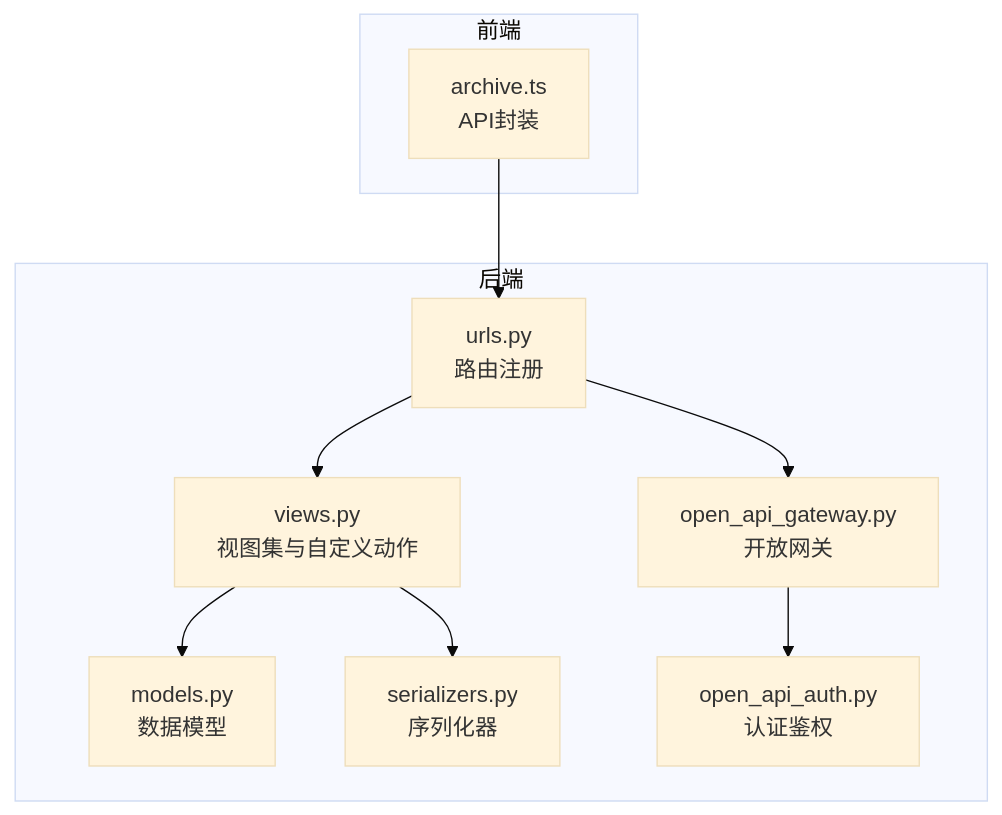
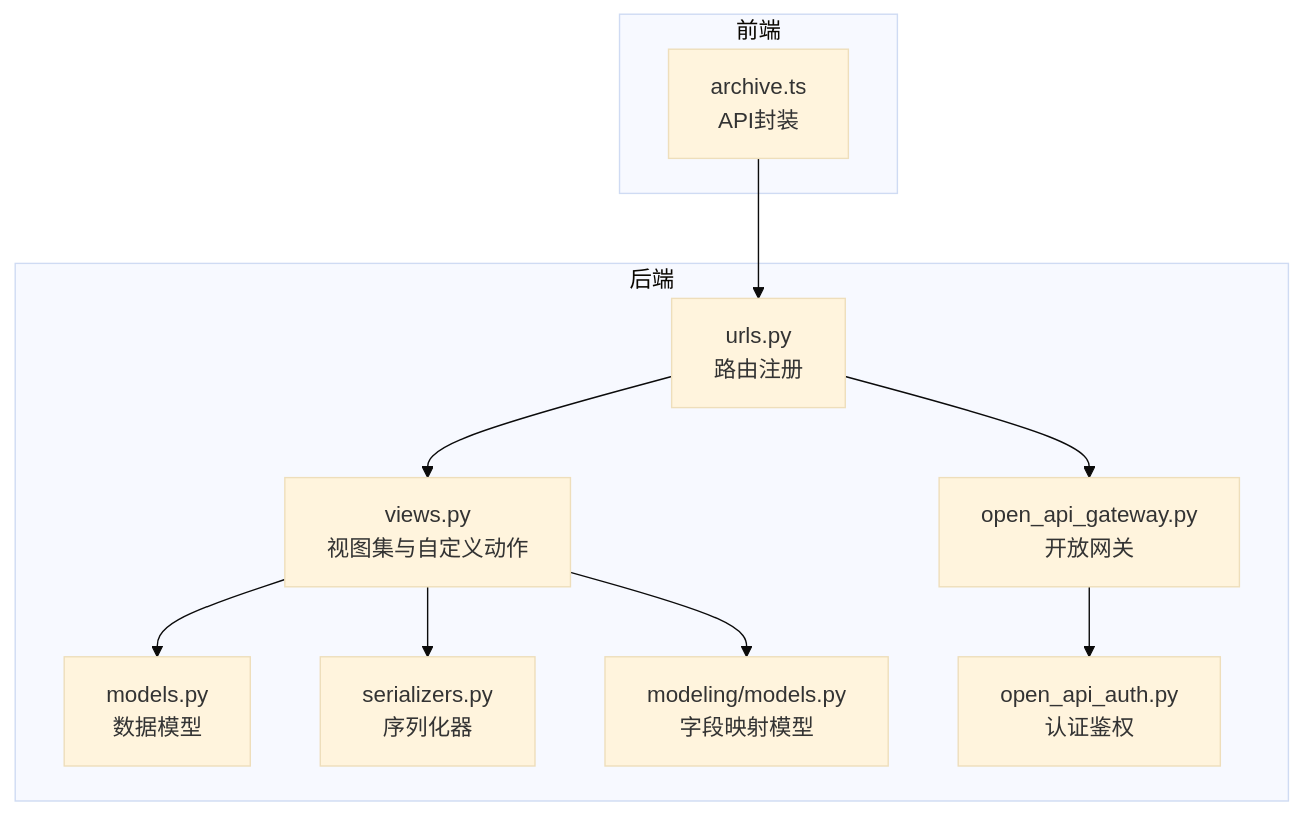
The first of 9 diagrams in .qoder/repowiki/zh/content/API参考文档/档案管理API/档案管理API.md (zyp-coder/Metadata), drawn with Mermaid (base theme) before and after one commit. The commit also changed other lines of this file and 42 other files, not shown here.

````diff
--- a/.qoder/repowiki/zh/content/API参考文档/档案管理API/档案管理API.md
+++ b/.qoder/repowiki/zh/content/API参考文档/档案管理API/档案管理API.md
@@ -40,20 +41,22 @@
 ```mermaid
 graph TB
 subgraph "后端"
 A["urls.py<br/>路由注册"]
 B["views.py<br/>视图集与自定义动作"]
 C["models.py<br/>数据模型"]
 D["serializers.py<br/>序列化器"]
 E["open_api_gateway.py<br/>开放网关"]
 F["open_api_auth.py<br/>认证鉴权"]
+G["modeling/models.py<br/>字段映射模型"]
 end
 subgraph "前端"
-G["archive.ts<br/>API封装"]
+H["archive.ts<br/>API封装"]
 end
-G --> A
+H --> A
 A --> B
 A --> E
 E --> F
 B --> C
 B --> D
+B --> G
 ```
````
